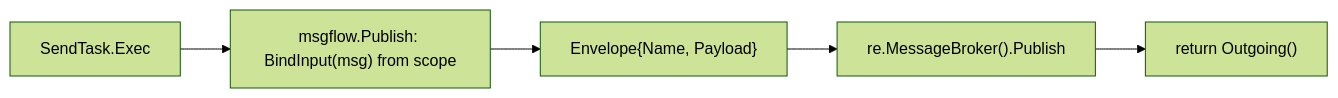
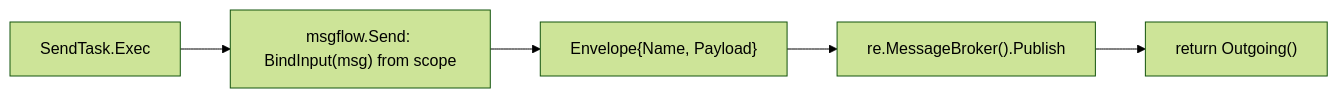
Before and after one commit to dr-dobermann/gobpm: the first of 2 diagrams in docs/srd/SRD-013-send-receive-tasks.md, drawn with Mermaid (forest theme). The commit also changed other lines of this file and 5 other files, not shown here.

First line of the commit message:
feat(activities,msgflow): drop vestigial Operation; add message-send choreography

````diff
--- a/docs/srd/SRD-013-send-receive-tasks.md
+++ b/docs/srd/SRD-013-send-receive-tasks.md
@@ -75,7 +75,7 @@
 ```mermaid
 flowchart LR
-    A["SendTask.Exec"] --> B["msgflow.Publish: BindInput(msg) from scope"]
+    A["SendTask.Exec"] --> B["msgflow.Send: BindInput(msg) from scope"]
     B --> C["Envelope{Name, Payload}"]
     C --> D["re.MessageBroker().Publish"]
     D --> E["return Outgoing()"]
 ```
````
